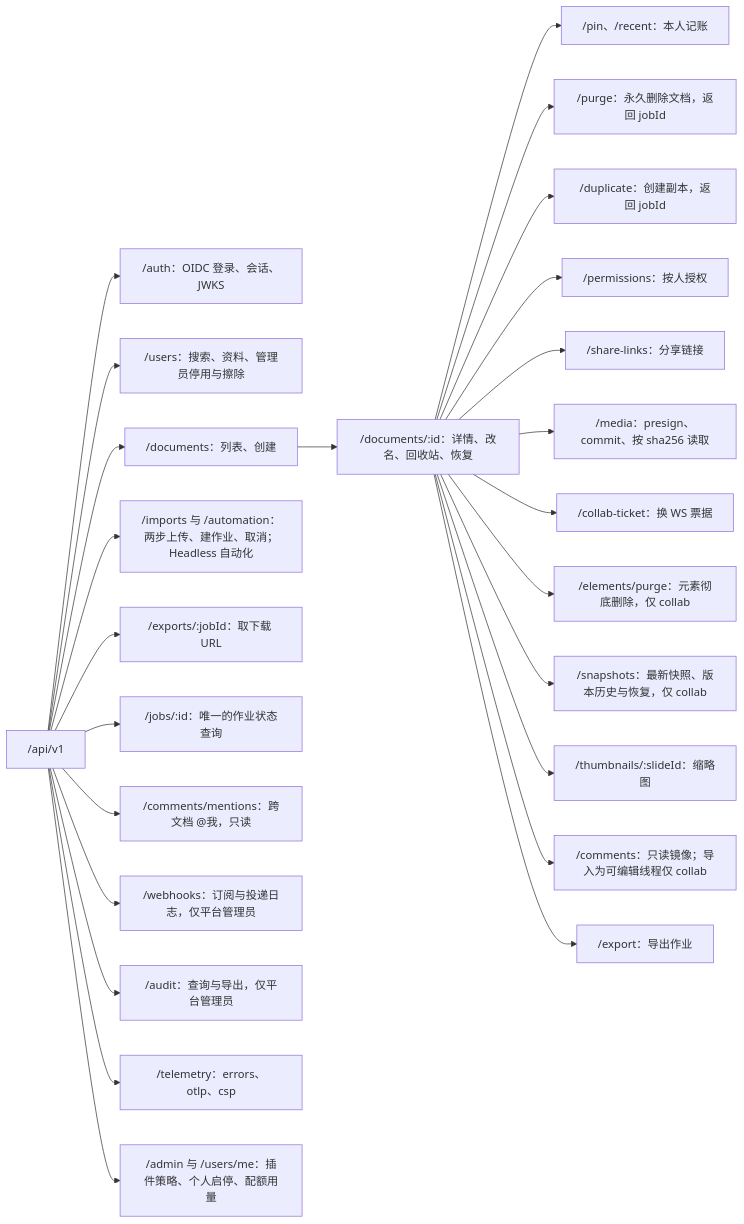
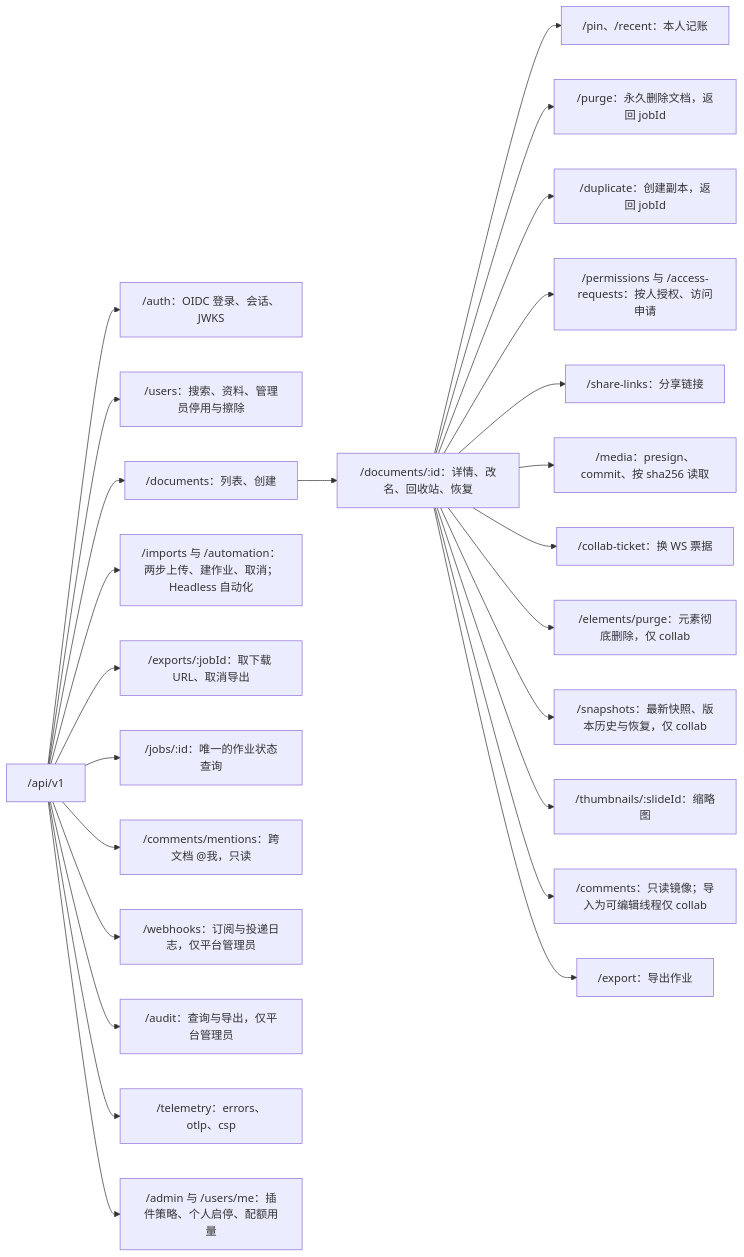
The second of 3 diagrams in docs/60-backend/15-rest-api-catalog.md (Xeonice/cordis-ppt-editor), drawn with Mermaid before and after one commit. The commit also changed other lines of this file and 19 other files, not shown here.

````diff
--- a/docs/60-backend/15-rest-api-catalog.md
+++ b/docs/60-backend/15-rest-api-catalog.md
@@ -113,27 +116,27 @@
 ```mermaid
 flowchart LR
   root["/api/v1"] --> auth["/auth：OIDC 登录、会话、JWKS"]
   root --> users["/users：搜索、资料、管理员停用与擦除"]
   root --> docs["/documents：列表、创建"]
   docs --> doc["/documents/:id：详情、改名、回收站、恢复"]
   doc --> marks["/pin、/recent：本人记账"]
   doc --> purge["/purge：永久删除文档，返回 jobId"]
   doc --> dup["/duplicate：创建副本，返回 jobId"]
-  doc --> perms["/permissions：按人授权"]
+  doc --> perms["/permissions 与 /access-requests：按人授权、访问申请"]
   doc --> links["/share-links：分享链接"]
   doc --> media["/media：presign、commit、按 sha256 读取"]
   doc --> ticket["/collab-ticket：换 WS 票据"]
   doc --> elem["/elements/purge：元素彻底删除，仅 collab"]
   doc --> snaps["/snapshots：最新快照、版本历史与恢复，仅 collab"]
   doc --> thumbs["/thumbnails/:slideId：缩略图"]
   doc --> comments["/comments：只读镜像；导入为可编辑线程仅 collab"]
   doc --> exportR["/export：导出作业"]
   root --> imports["/imports 与 /automation：两步上传、建作业、取消；Headless 自动化"]
-  root --> exportsR["/exports/:jobId：取下载 URL"]
+  root --> exportsR["/exports/:jobId：取下载 URL、取消导出"]
   root --> jobs["/jobs/:id：唯一的作业状态查询"]
   root --> mentions["/comments/mentions：跨文档 @我，只读"]
   root --> webhooks["/webhooks：订阅与投递日志，仅平台管理员"]
   root --> audit["/audit：查询与导出，仅平台管理员"]
   root --> telemetry["/telemetry：errors、otlp、csp"]
   root --> pluginsR["/admin 与 /users/me：插件策略、个人启停、配额用量"]
 ```
````
